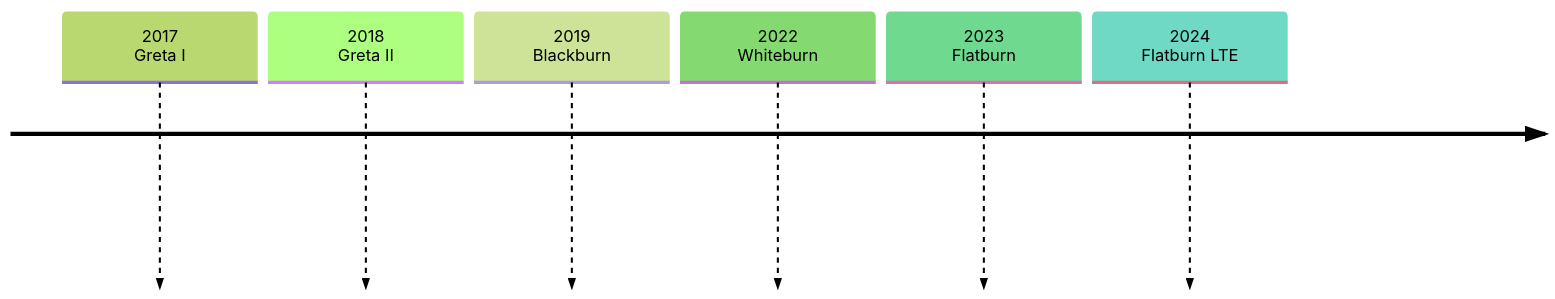
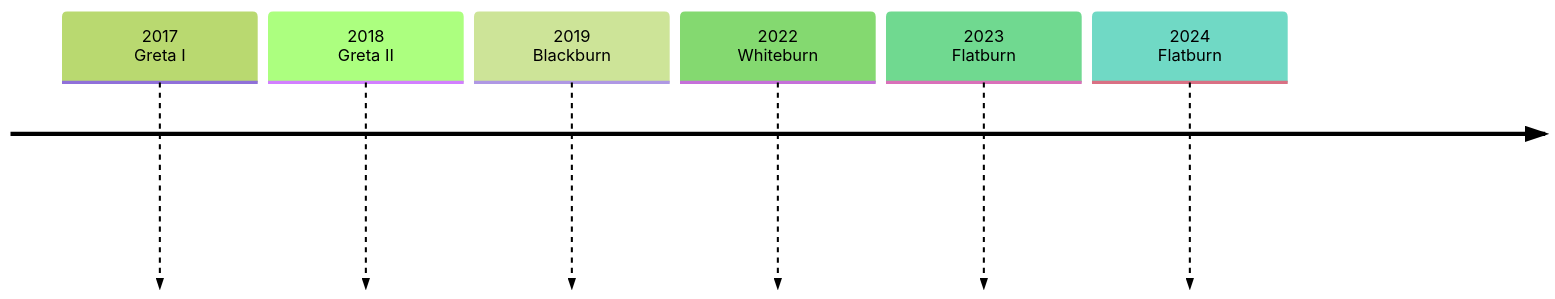
Before and after one commit to MIT-Senseable-City-Lab/flatburn-lte: the diagram in documentation/content/explore/evolution.md, drawn with Mermaid (forest theme). The commit also changed other lines of this file and 6 other files, not shown here.

````diff
--- a/documentation/content/explore/evolution.md
+++ b/documentation/content/explore/evolution.md
@@ -9,11 +9,11 @@
 ```mermaid
 
 timeline
     2017  <br> Greta I
     2018  <br> Greta II
     2019  <br> Blackburn
     2022  <br> Whiteburn
     2023  <br> Flatburn
-    2024  <br> Flatburn LTE
+    2024  <br> Flatburn
 
 ```
````
